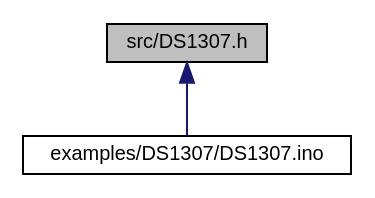
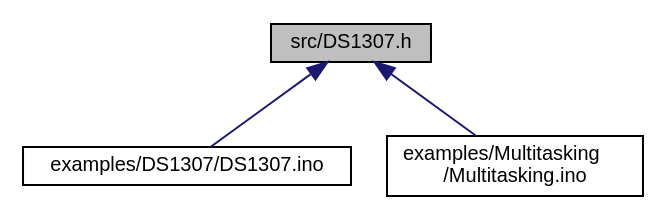
Before and after one commit to mikaelpatel/mikaelpatel.github.io: the diagram in Arduino-TWI/db/da4/DS1307_8h__dep__incl.dot, drawn with Graphviz. The commit also changed 170 other files, not shown here.

```diff
--- a/Arduino-TWI/db/da4/DS1307_8h__dep__incl.dot
+++ b/Arduino-TWI/db/da4/DS1307_8h__dep__incl.dot
@@ -1,8 +1,10 @@
 digraph "src/DS1307.h"
 {
   edge [fontname="Helvetica",fontsize="10",labelfontname="Helvetica",labelfontsize="10"];
   node [fontname="Helvetica",fontsize="10",shape=record];
   Node1 [label="src/DS1307.h",height=0.2,width=0.4,color="black", fillcolor="grey75", style="filled", fontcolor="black"];
   Node1 -> Node2 [dir="back",color="midnightblue",fontsize="10",style="solid",fontname="Helvetica"];
   Node2 [label="examples/DS1307/DS1307.ino",height=0.2,width=0.4,color="black", fillcolor="white", style="filled",URL="$d3/d10/DS1307_8ino.html"];
+  Node1 -> Node3 [dir="back",color="midnightblue",fontsize="10",style="solid",fontname="Helvetica"];
+  Node3 [label="examples/Multitasking\l/Multitasking.ino",height=0.2,width=0.4,color="black", fillcolor="white", style="filled",URL="$d0/df3/Multitasking_8ino.html"];
 }
```
